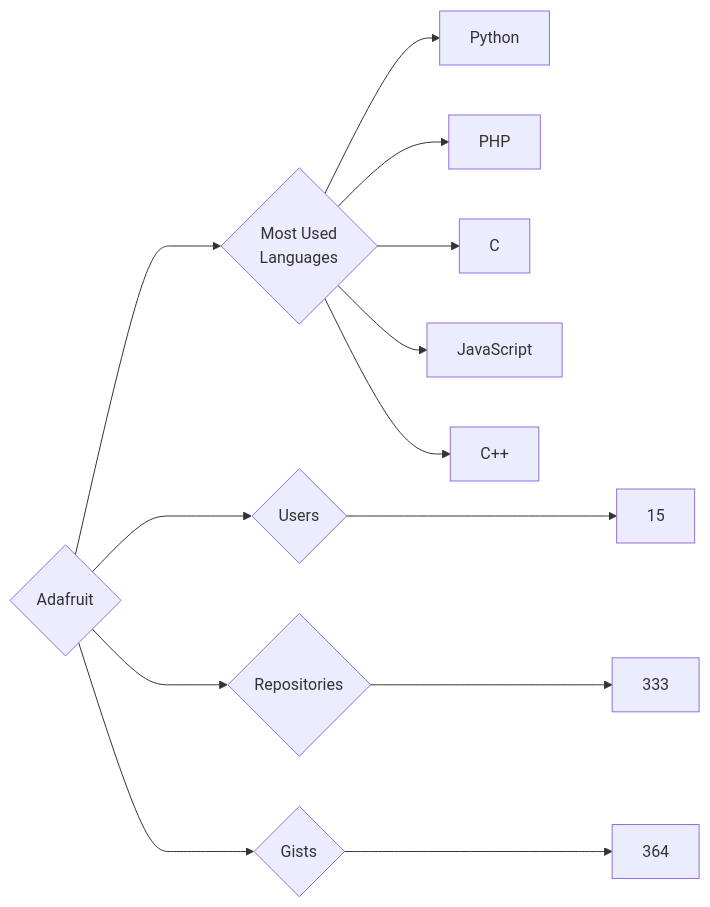
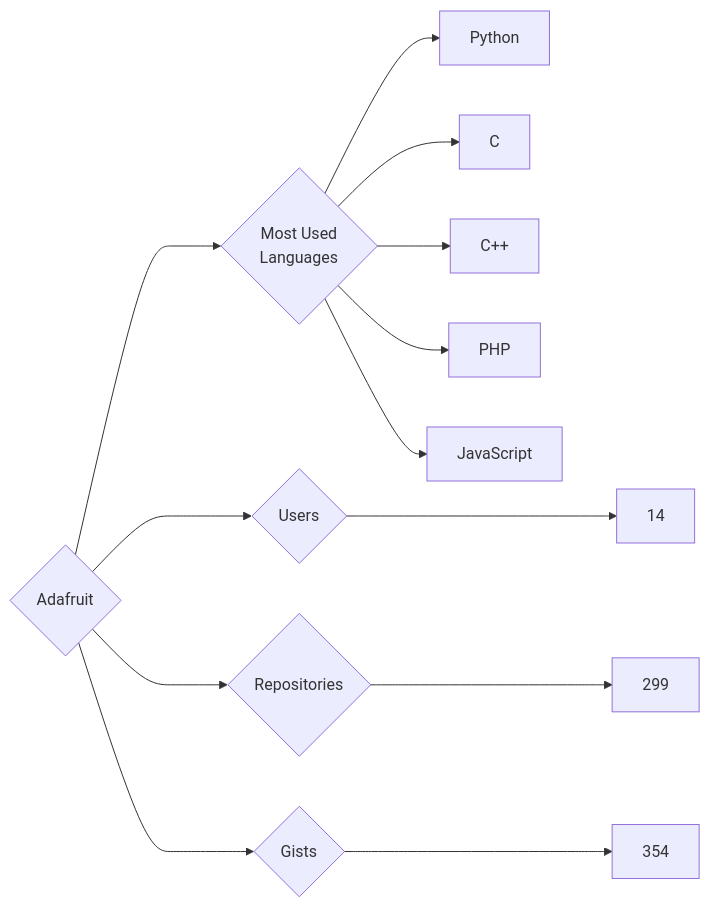
The diagram in targets/Adafruit/README.md (trickest/insiders), drawn with Mermaid before and after one commit. The commit also changed 718 other files, not shown here.

````diff
--- a/targets/Adafruit/README.md
+++ b/targets/Adafruit/README.md
@@ -3,13 +3,13 @@
 ```mermaid
 graph LR
 COMPANY_NAME{Adafruit}
-COMPANY_NAME ---> U{Users} ---> UN[15]
-COMPANY_NAME ---> R{Repositories} ---> RN[333]
-COMPANY_NAME ---> G{Gists} ---> GN[364]
+COMPANY_NAME ---> U{Users} ---> UN[14]
+COMPANY_NAME ---> R{Repositories} ---> RN[299]
+COMPANY_NAME ---> G{Gists} ---> GN[354]
 COMPANY_NAME ---> ML{Most Used<br>Languages}
 ML --> Python[Python]
+ML --> C[C]
+ML --> C++[C++]
 ML --> PHP[PHP]
-ML --> C[C]
 ML --> JavaScript[JavaScript]
-ML --> C++[C++]
 ```
````
